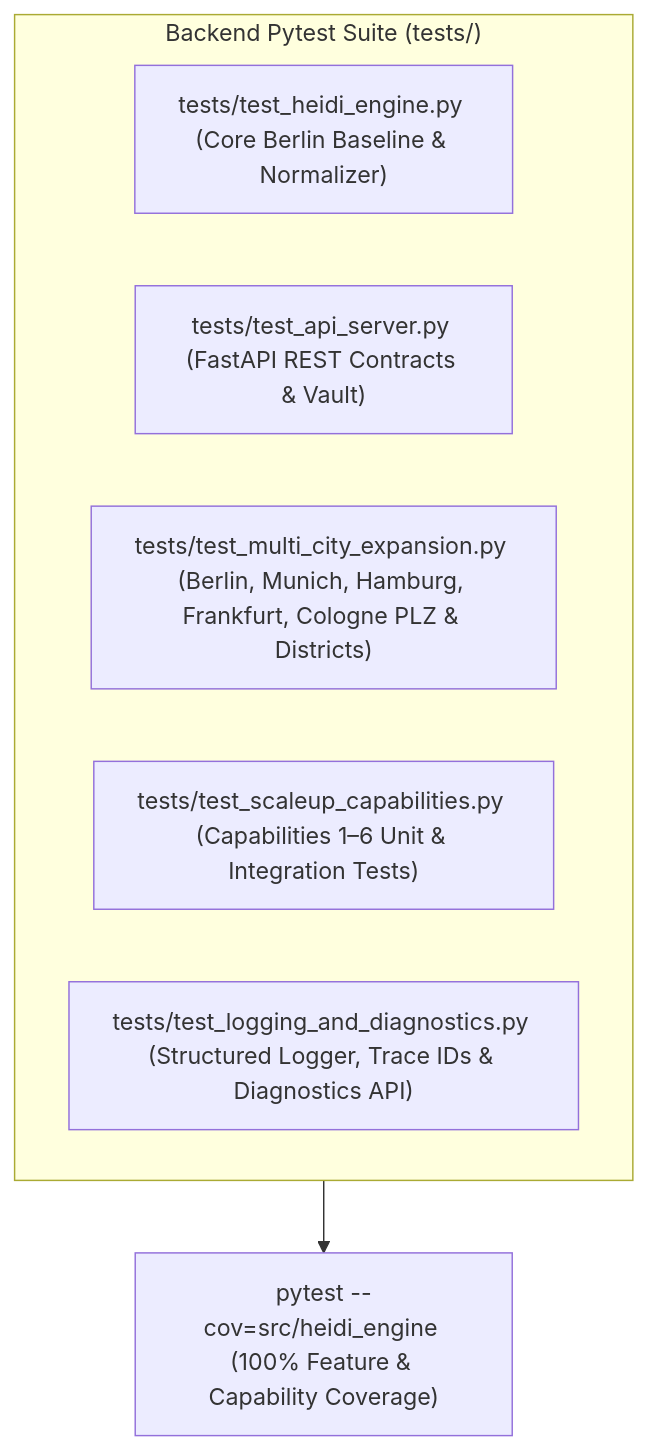
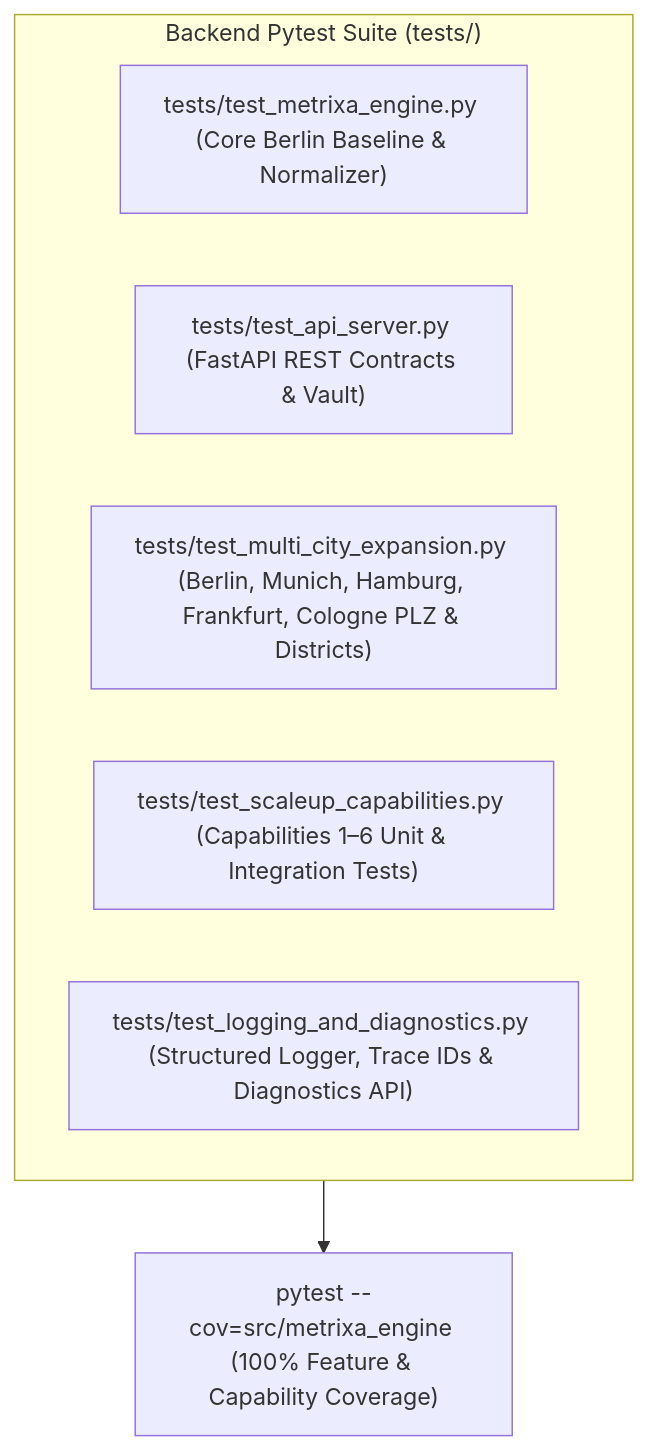
One commit to sainibhaowal/Metrixa-Systems changed the diagram in docs/ScaleUp Plan/06_TESTING_STRATEGY_100_COVERAGE_AND_PLAYWRIGHT_E2E.md. Above: the diagram before and after it, drawn with Mermaid. The commit also changed other lines of this file and 98 other files, not shown here.

Commit message:
refactor: rename engine to metrixa_engine, update architecture diagram and purge legacy references

````diff
--- a/docs/ScaleUp Plan/06_TESTING_STRATEGY_100_COVERAGE_AND_PLAYWRIGHT_E2E.md
+++ b/docs/ScaleUp Plan/06_TESTING_STRATEGY_100_COVERAGE_AND_PLAYWRIGHT_E2E.md
@@ -17,12 +17,12 @@
 ```mermaid
 flowchart TB
     subgraph BackendPytest["Backend Pytest Suite (tests/)"]
-        T1["tests/test_heidi_engine.py (Core Berlin Baseline & Normalizer)"]
+        T1["tests/test_metrixa_engine.py (Core Berlin Baseline & Normalizer)"]
         T2["tests/test_api_server.py (FastAPI REST Contracts & Vault)"]
         T3["tests/test_multi_city_expansion.py (Berlin, Munich, Hamburg, Frankfurt, Cologne PLZ & Districts)"]
         T4["tests/test_scaleup_capabilities.py (Capabilities 1–6 Unit & Integration Tests)"]
         T5["tests/test_logging_and_diagnostics.py (Structured Logger, Trace IDs & Diagnostics API)"]
     end
 
-    BackendPytest --> Cov["pytest --cov=src/heidi_engine (100% Feature & Capability Coverage)"]
+    BackendPytest --> Cov["pytest --cov=src/metrixa_engine (100% Feature & Capability Coverage)"]
 ```
````
